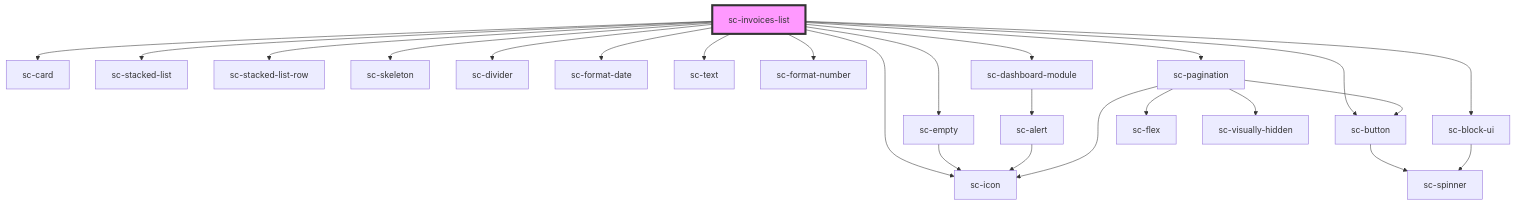
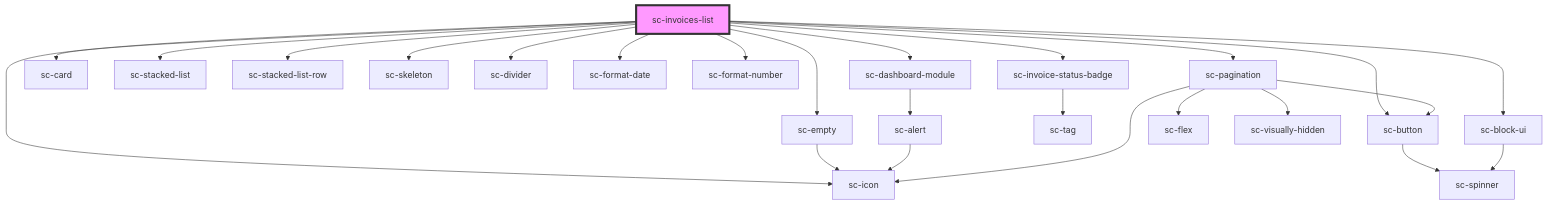
One commit to surecart/surecart-wp-plugin changed the diagram in packages/components/src/components/controllers/dashboard/invoices-list/readme.md. Above: the diagram before and after it, drawn with Mermaid. The commit also changed other lines of this file and 46 other files, not shown here.

Commit message:
Invoice list and side menu added in customer dashboard page

````diff
--- a/packages/components/src/components/controllers/dashboard/invoices-list/readme.md
+++ b/packages/components/src/components/controllers/dashboard/invoices-list/readme.md
@@ -37,27 +38,28 @@
 ```mermaid
 graph TD;
+  sc-invoices-list --> sc-invoice-status-badge
   sc-invoices-list --> sc-card
   sc-invoices-list --> sc-stacked-list
   sc-invoices-list --> sc-stacked-list-row
   sc-invoices-list --> sc-skeleton
   sc-invoices-list --> sc-divider
   sc-invoices-list --> sc-empty
   sc-invoices-list --> sc-format-date
-  sc-invoices-list --> sc-text
   sc-invoices-list --> sc-format-number
   sc-invoices-list --> sc-dashboard-module
   sc-invoices-list --> sc-button
   sc-invoices-list --> sc-icon
   sc-invoices-list --> sc-pagination
   sc-invoices-list --> sc-block-ui
+  sc-invoice-status-badge --> sc-tag
   sc-empty --> sc-icon
   sc-dashboard-module --> sc-alert
   sc-alert --> sc-icon
   sc-button --> sc-spinner
   sc-pagination --> sc-flex
   sc-pagination --> sc-button
   sc-pagination --> sc-visually-hidden
   sc-pagination --> sc-icon
   sc-block-ui --> sc-spinner
   style sc-invoices-list fill:#f9f,stroke:#333,stroke-width:4px
 ```
````
